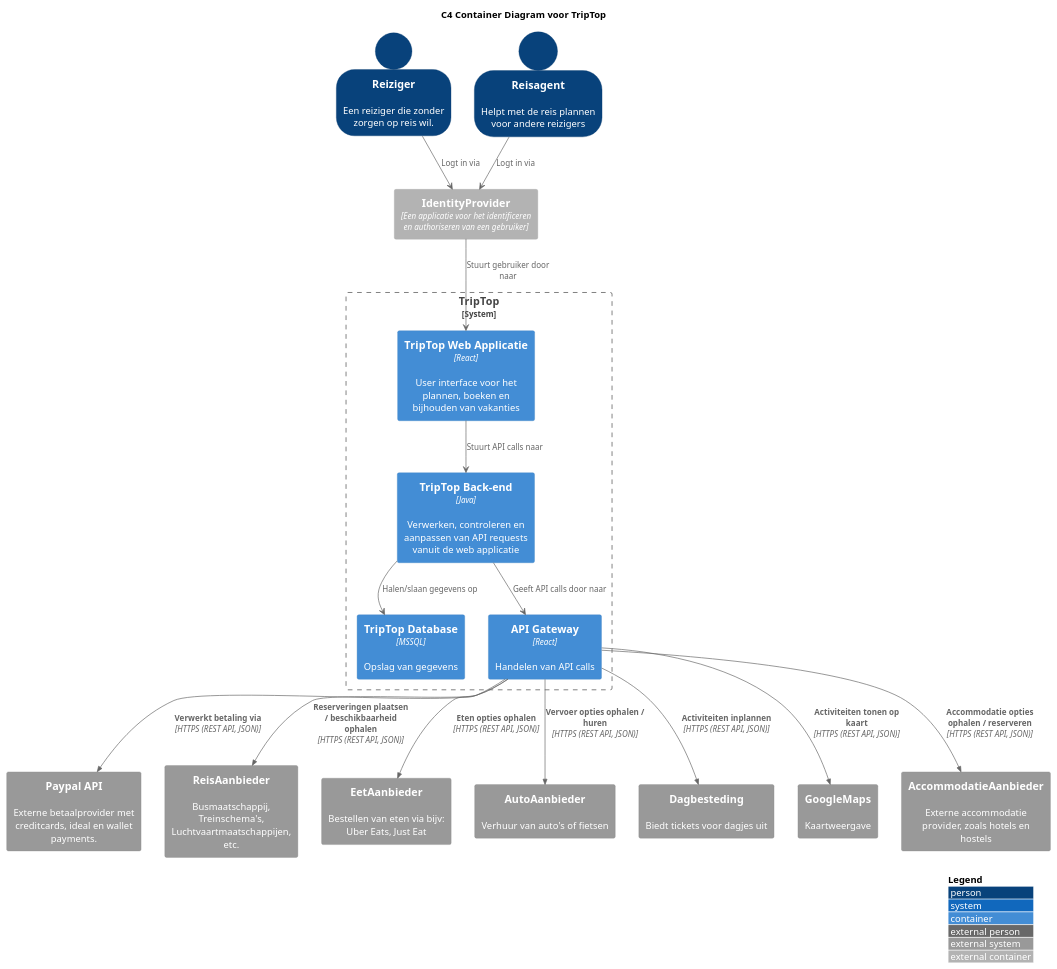
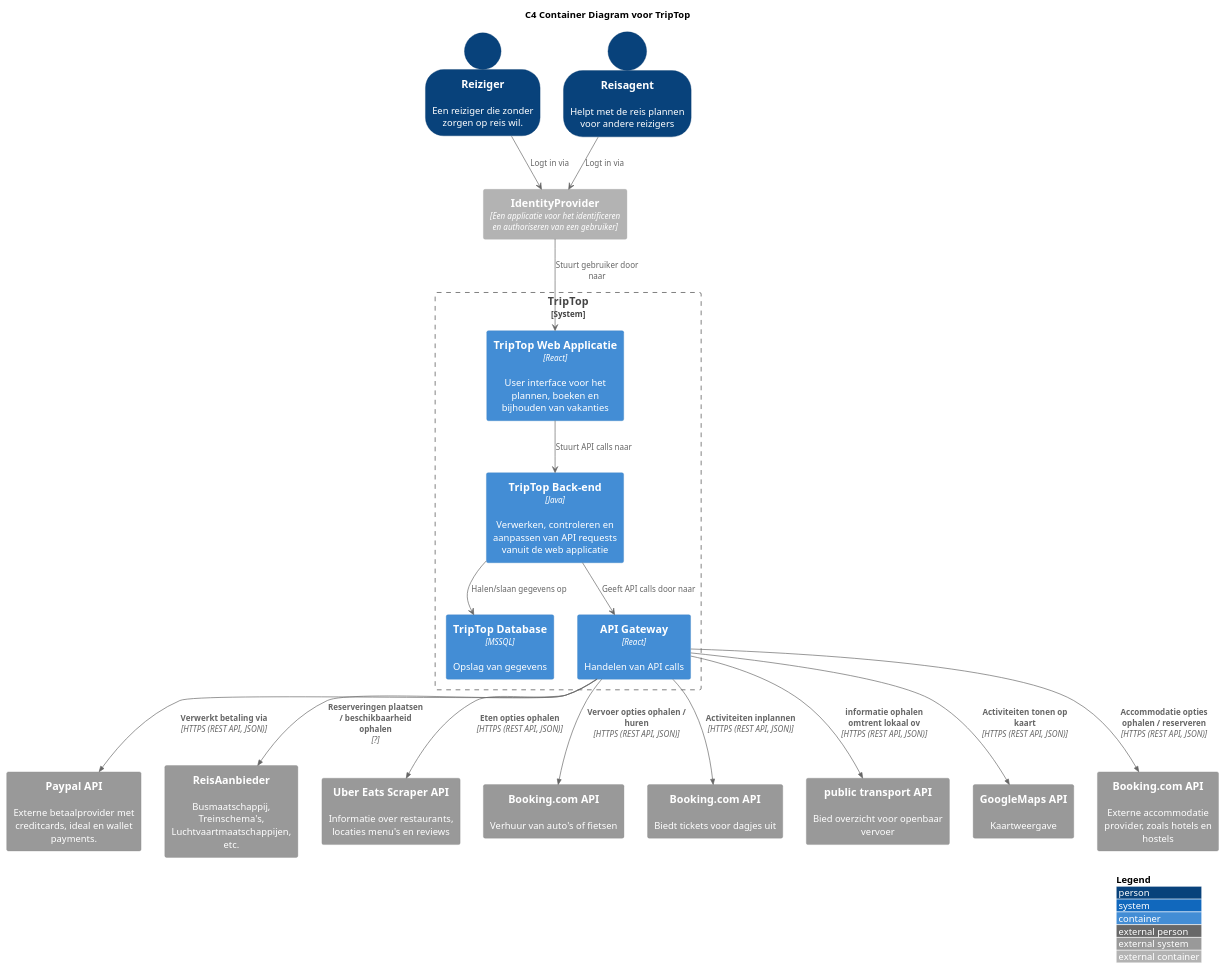
The diagram in software-guidebook/ContainerDiagramTripTop.puml (AIM-ENE-feb25/triptop-jrn), drawn with PlantUML before and after one commit.

```diff
--- a/software-guidebook/ContainerDiagramTripTop.puml
+++ b/software-guidebook/ContainerDiagramTripTop.puml
@@ -1,53 +1,63 @@
 @startuml
 
 !include https://raw.githubusercontent.com/plantuml-stdlib/C4-PlantUML/master/C4_Context.puml
 !include <C4/C4_Container>
 
 title C4 Container Diagram voor TripTop
 
 LAYOUT_WITH_LEGEND()
 
 SHOW_PERSON_OUTLINE()
 
 ' Definieer personen
 Person(Reiziger, "Reiziger", "Een reiziger die zonder zorgen op reis wil.")
 Person(Reisagent, "Reisagent", "Helpt met de reis plannen voor andere reizigers")
 
 ' Definieer externe container voor IdentityProvider
 Container_Ext(id, "IdentityProvider", "Een applicatie voor het identificeren en authoriseren van een gebruiker")
 
 ' Definieer de interne systemen binnen de TripTop boundary
 System_Boundary(triptop_core, "TripTop") {
     Container(triptop, "TripTop Web Applicatie", "React", "User interface voor het plannen, boeken en bijhouden van vakanties")
     Container(backend, "TripTop Back-end", "Java", "Verwerken, controleren en aanpassen van API requests vanuit de web applicatie")
     Container(db, "TripTop Database", "MSSQL", "Opslag van gegevens")
     Container(gateway, "API Gateway", "React", "Handelen van API calls")
 }
 
 ' Definieer externe systemen
 System_Ext(betaalsysteem, "Paypal API", "Externe betaalprovider met creditcards, ideal en wallet payments.")
 System_Ext(reisAanbieder, "ReisAanbieder", "Busmaatschappij, Treinschema's, Luchtvaartmaatschappijen, etc.")
-System_Ext(etenAanbieder, "EetAanbieder", "Bestellen van eten via bijv: Uber Eats, Just Eat")
-System_Ext(AutoAanbieder, "AutoAanbieder", "Verhuur van auto's of fietsen")
-System_Ext(Dagbesteding, "Dagbesteding", "Biedt tickets voor dagjes uit")
-System_Ext(GoogleMaps, "GoogleMaps", "Kaartweergave")
-System_Ext(accommodatieAanbieder, "AccommodatieAanbieder", "Externe accommodatie provider, zoals hotels en hostels")
+System_Ext(etenAanbieder, "Uber Eats Scraper API", "Informatie over restaurants, locaties menu's en reviews")
+System_Ext(AutoAanbieder, "Booking.com API", "Verhuur van auto's of fietsen")
+System_Ext(Dagbesteding, "Booking.com API", "Biedt tickets voor dagjes uit")
+System_Ext(Ov, "public transport API", "Bied overzicht voor openbaar vervoer")
+System_Ext(GoogleMaps, "GoogleMaps API", "Kaartweergave")
+System_Ext(accommodatieAanbieder, "Booking.com API", "Externe accommodatie provider, zoals hotels en hostels")
 
 ' Definieer relaties
 Reiziger --> id : "Logt in via"
 Reisagent --> id : "Logt in via"
 id --> triptop : "Stuurt gebruiker door naar"
 
 triptop --> backend : "Stuurt API calls naar"
 backend --> db : "Halen/slaan gegevens op"
 backend --> gateway : "Geeft API calls door naar"
 
 Rel(gateway, betaalsysteem, "Verwerkt betaling via", "HTTPS (REST API, JSON)")
-Rel(gateway, reisAanbieder, "Reserveringen plaatsen / beschikbaarheid ophalen", "HTTPS (REST API, JSON)")
+Rel(gateway, reisAanbieder, "Reserveringen plaatsen / beschikbaarheid ophalen", "?")
 Rel(gateway, etenAanbieder, "Eten opties ophalen", "HTTPS (REST API, JSON)")
 Rel(gateway, AutoAanbieder, "Vervoer opties ophalen / huren", "HTTPS (REST API, JSON)")
 Rel(gateway, Dagbesteding, "Activiteiten inplannen", "HTTPS (REST API, JSON)")
 Rel(gateway, GoogleMaps, "Activiteiten tonen op kaart", "HTTPS (REST API, JSON)")
 Rel(gateway, accommodatieAanbieder, "Accommodatie opties ophalen / reserveren", "HTTPS (REST API, JSON)")
+Rel(gateway, Ov, "informatie ophalen omtrent lokaal ov", "HTTPS (REST API, JSON)")
+
+' keuzes:
+' geen bezoeker, moet altijd inloggen voor gebruik
+' scraper api uber eats. geen bestel app makkelijk beschikbaar, dit is alleen voor info
+' transport api niet gedefineerd. Moet verder uitontwikkeld worden of meerdere losse api's worden
+' meerdere booking.com api's. andere onderdelen van de api's worden aangeroepen. voor clearity zijn dit losse api's
+'
+
 
 @enduml
```
